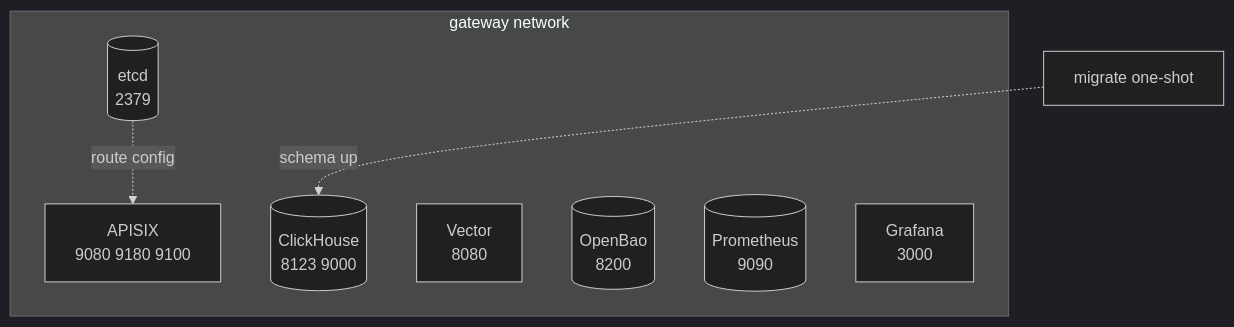
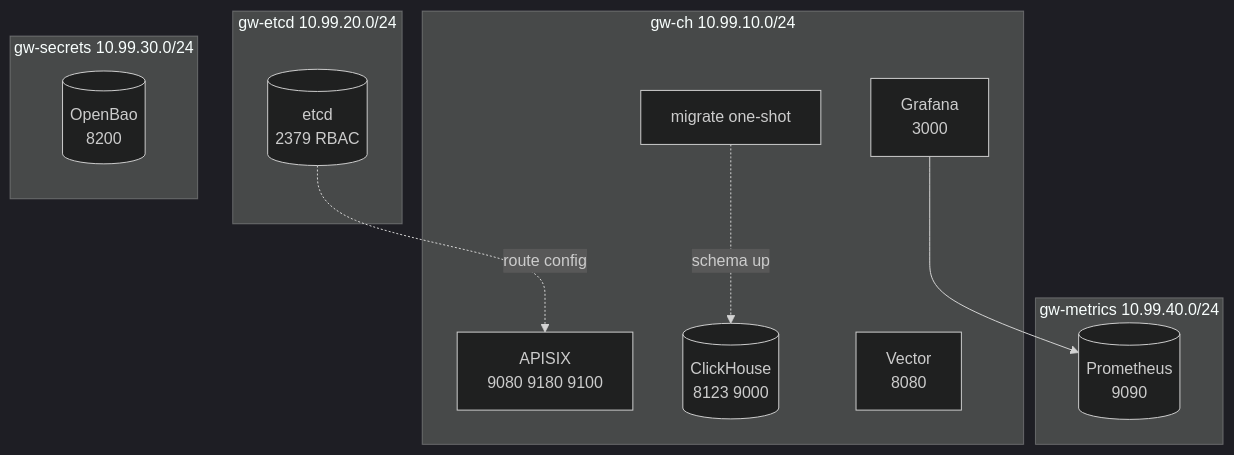
Before and after one commit to Independent-AI-Labs/WORKSPACE-GATEWAY: the diagram in docs/architecture/RUNTIME-TOPOLOGY.md, drawn with Mermaid (dark theme). The commit also changed other lines of this file and 99 other files, not shown here.

````diff
--- a/docs/architecture/RUNTIME-TOPOLOGY.md
+++ b/docs/architecture/RUNTIME-TOPOLOGY.md
@@ -9,16 +9,22 @@
 ```mermaid
 flowchart TB
-    subgraph gw [gateway network]
+    subgraph gwch [gw-ch 10.99.10.0/24]
         APISIX["APISIX<br/>9080 9180 9100"]
-        ETCD[(etcd<br/>2379)]
         CH[(ClickHouse<br/>8123 9000)]
         VEC[Vector<br/>8080]
+        GF[Grafana<br/>3000]
+        MIG[migrate one-shot]
+    end
+    subgraph gwetcd [gw-etcd 10.99.20.0/24]
+        ETCD[(etcd<br/>2379 RBAC)]
+    end
+    subgraph gwsecrets [gw-secrets 10.99.30.0/24]
         OB[(OpenBao<br/>8200)]
+    end
+    subgraph gwmetrics [gw-metrics 10.99.40.0/24]
         PROM[(Prometheus<br/>9090)]
-        GF[Grafana<br/>3000]
     end
-
-    MIG[migrate one-shot]
     ETCD -.->|route config| APISIX
     MIG -.->|schema up| CH
+    GF --> PROM
 ```
````
